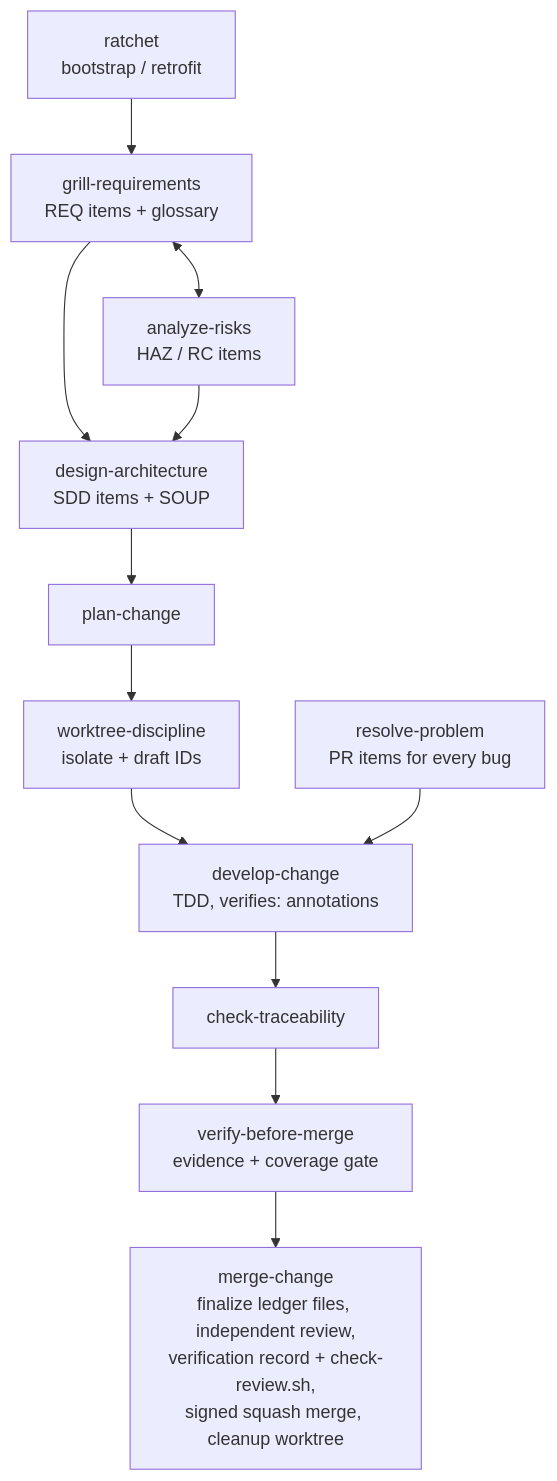
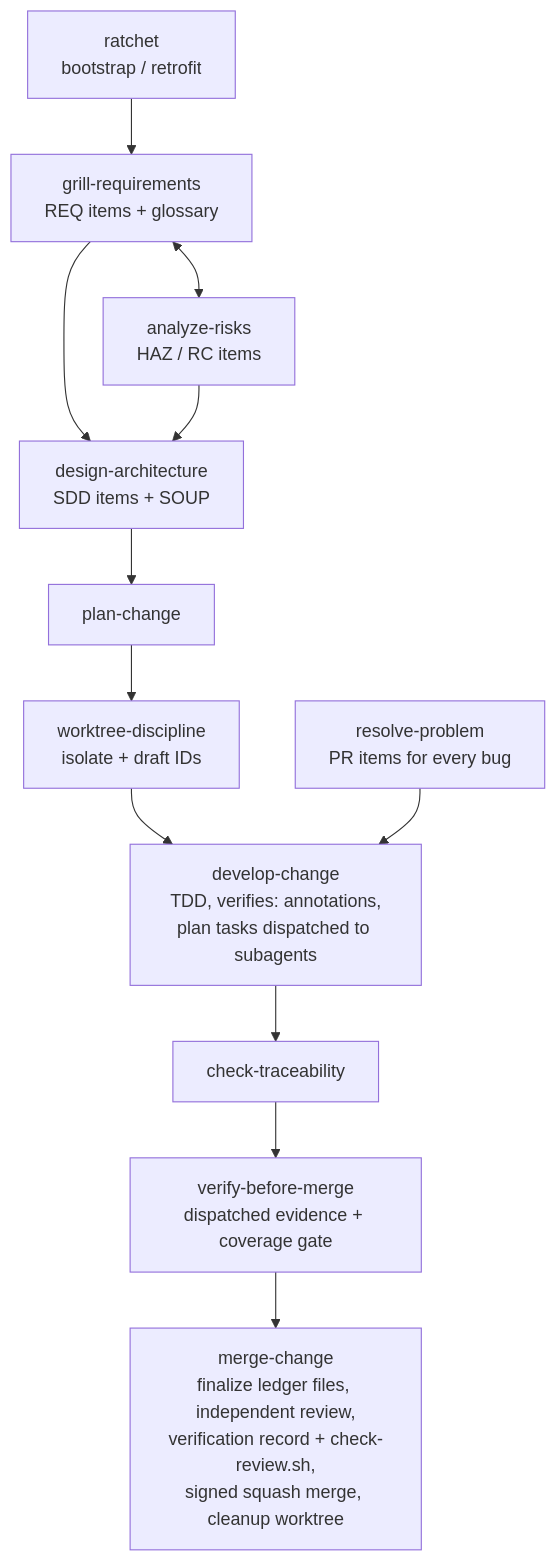
One commit to Jan-Jan/guardrails changed the diagram in README.md. Above: the diagram before and after it, drawn with Mermaid. The commit also changed other lines of this file and 10 other files, not shown here.

````diff
--- a/README.md
+++ b/README.md
@@ -42,14 +42,14 @@
 ```mermaid
 flowchart TD
     R[ratchet<br/>bootstrap / retrofit] --> G[grill-requirements<br/>REQ items + glossary]
     G <--> A[analyze-risks<br/>HAZ / RC items]
     G --> D[design-architecture<br/>SDD items + SOUP]
     A --> D
     D --> P[plan-change]
     P --> W[worktree-discipline<br/>isolate + draft IDs]
-    W --> DEV[develop-change<br/>TDD, verifies: annotations]
+    W --> DEV[develop-change<br/>TDD, verifies: annotations,<br/>plan tasks dispatched to subagents]
     B[resolve-problem<br/>PR items for every bug] --> DEV
     DEV --> CT[check-traceability]
-    CT --> V[verify-before-merge<br/>evidence + coverage gate]
+    CT --> V[verify-before-merge<br/>dispatched evidence + coverage gate]
     V --> M[merge-change<br/>finalize ledger files, independent review,<br/>verification record + check-review.sh,<br/>signed squash merge, cleanup worktree]
 ```
````
